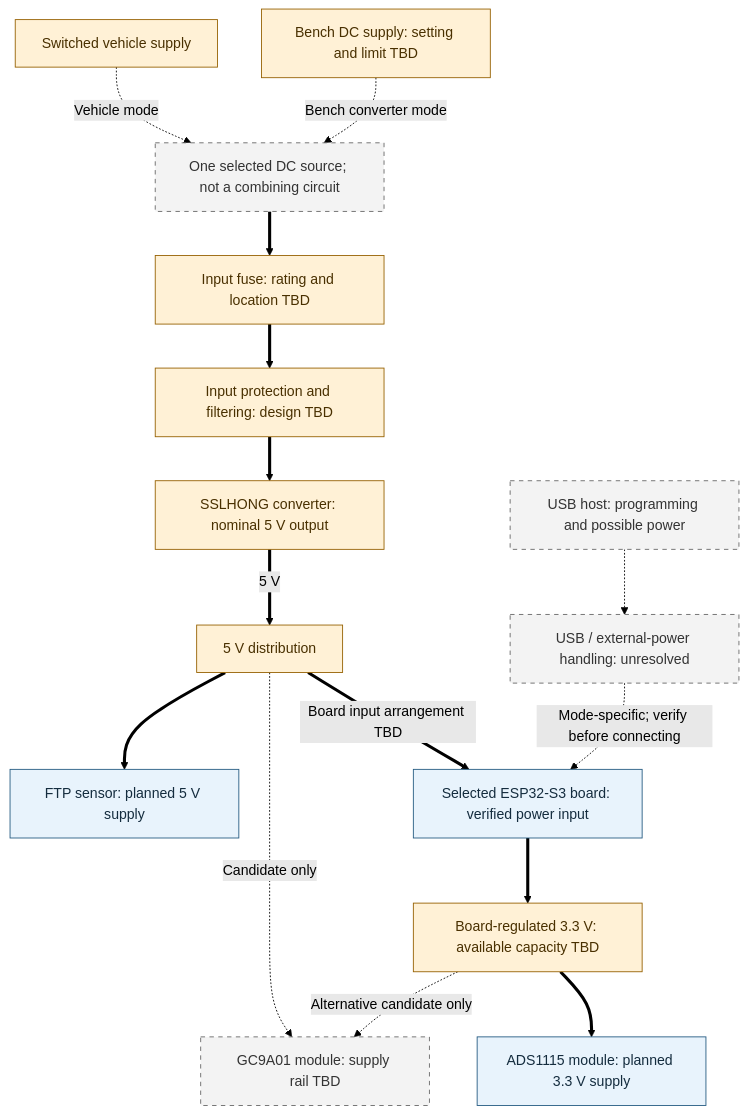
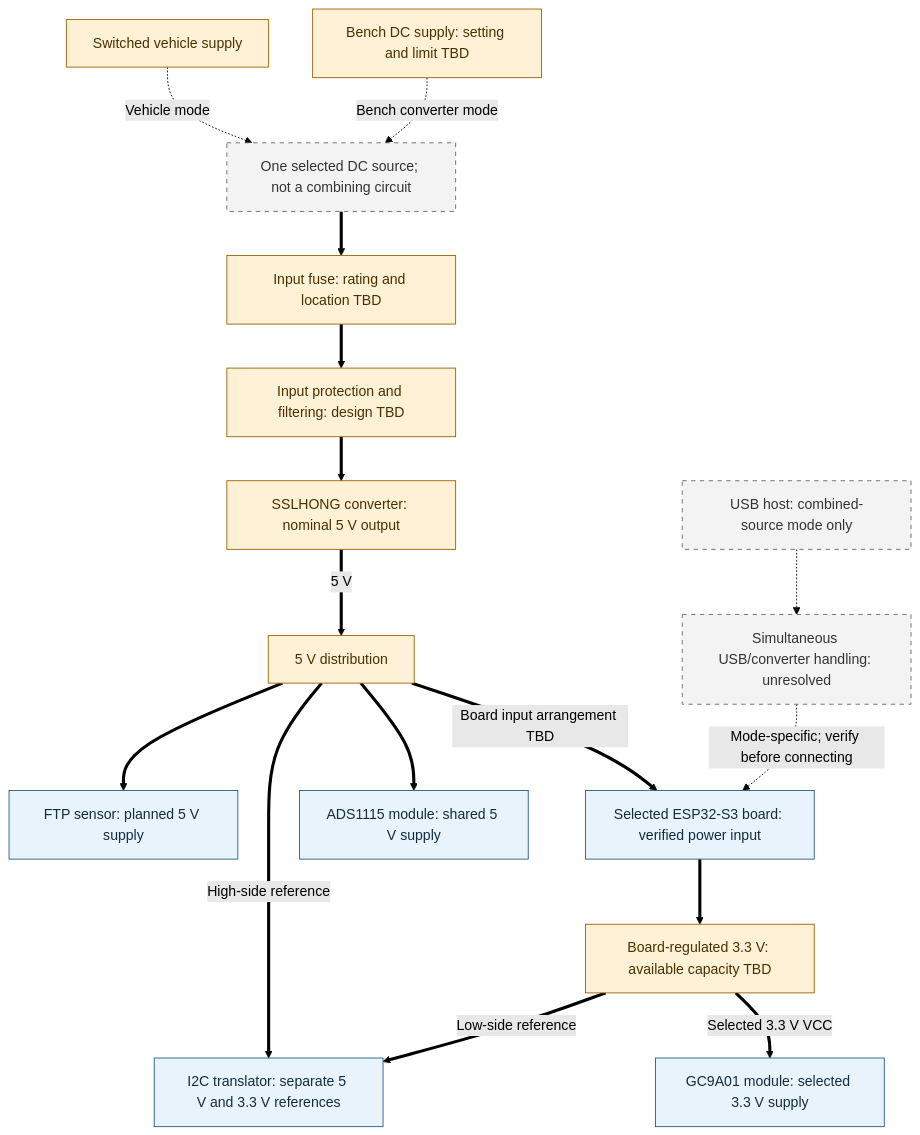
The first of 2 diagrams in hardware/architecture/power-system.md (joshua-p-williams/ls-pcv-system), drawn with Mermaid (forest theme) before and after one commit. The commit also changed other lines of this file and 53 other files, not shown here.

````diff
--- a/hardware/architecture/power-system.md
+++ b/hardware/architecture/power-system.md
@@ -13,37 +15,40 @@
 ```mermaid
 flowchart TD
     vehicle["Switched vehicle supply"]
     bench["Bench DC supply: setting and limit TBD"]
     chosen["One selected DC source; not a combining circuit"]
     fuse["Input fuse: rating and location TBD"]
     protection["Input protection and filtering: design TBD"]
     converter["SSLHONG converter: nominal 5 V output"]
     railFive["5 V distribution"]
     sensor["FTP sensor: planned 5 V supply"]
     board["Selected ESP32-S3 board: verified power input"]
     railThree["Board-regulated 3.3 V: available capacity TBD"]
-    adc["ADS1115 module: planned 3.3 V supply"]
-    display["GC9A01 module: supply rail TBD"]
-    usb["USB host: programming and possible power"]
-    usbBoundary["USB / external-power handling: unresolved"]
+    adc["ADS1115 module: shared 5 V supply"]
+    translator["I2C translator: separate 5 V and 3.3 V references"]
+    display["GC9A01 module: selected 3.3 V supply"]
+    usb["USB host: combined-source mode only"]
+    usbBoundary["Simultaneous USB/converter handling: unresolved"]
 
     vehicle -.->|"Vehicle mode"| chosen
     bench -.->|"Bench converter mode"| chosen
     chosen ==> fuse ==> protection ==> converter
     converter ==>|"5 V"| railFive
     railFive ==> sensor
     railFive ==>|"Board input arrangement TBD"| board
     board ==> railThree
-    railThree ==> adc
-    railFive -.->|"Candidate only"| display
-    railThree -.->|"Alternative candidate only"| display
+    railFive ==> adc
+    railFive ==>|"High-side reference"| translator
+    railThree ==>|"Low-side reference"| translator
+    railThree ==>|"Selected 3.3 V VCC"| display
     usb -.-> usbBoundary
     usbBoundary -.->|"Mode-specific; verify before connecting"| board
 
     classDef supply fill:#fff1d6,stroke:#956000,color:#493000
     classDef load fill:#e8f3fc,stroke:#245a81,color:#142c3e
     classDef unresolved fill:#f3f3f3,stroke:#666,color:#333,stroke-dasharray:5 5
     class vehicle,bench,fuse,protection,converter,railFive,railThree supply
-    class sensor,board,adc load
-    class chosen,display,usb,usbBoundary unresolved
+    class sensor,board,adc,translator load
+    class display load
+    class chosen,usb,usbBoundary unresolved
 ```
````
